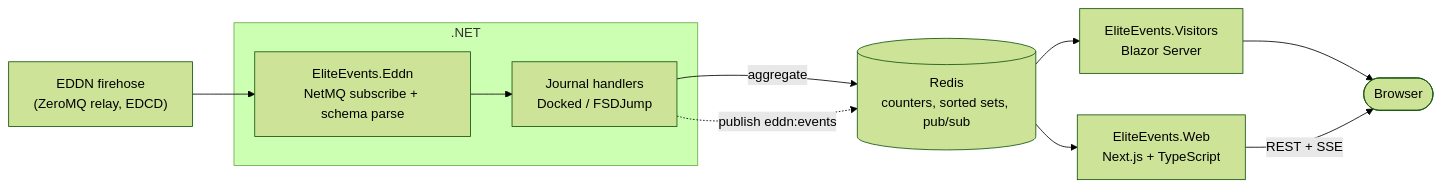
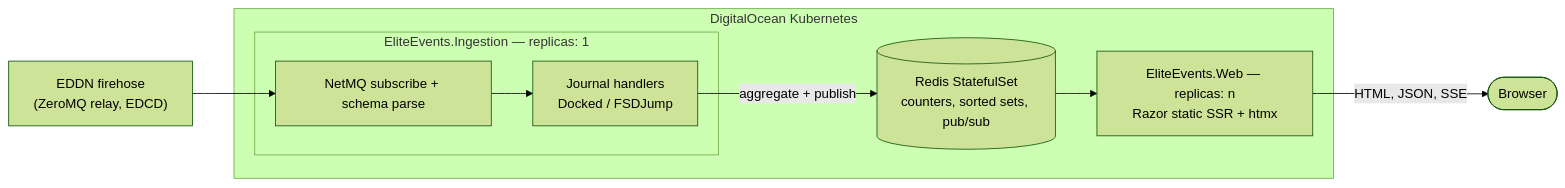
The diagram in README.md (trasa/EliteEvents), drawn with Mermaid (forest theme) before and after one commit. The commit also changed other lines of this file and 112 other files, not shown here.

````diff
--- a/README.md
+++ b/README.md
@@ -15,15 +15,14 @@
 ```mermaid
 flowchart LR
     EDDN["EDDN firehose<br/>(ZeroMQ relay, EDCD)"] --> Ingest
 
-    subgraph NET[".NET"]
-      Ingest["EliteEvents.Eddn<br/>NetMQ subscribe + schema parse"] --> Handlers["Journal handlers<br/>Docked / FSDJump"]
+    subgraph K8S["DigitalOcean Kubernetes"]
+      subgraph W1["EliteEvents.Ingestion — replicas: 1"]
+        Ingest["NetMQ subscribe + schema parse"] --> Handlers["Journal handlers<br/>Docked / FSDJump"]
+      end
+      Handlers -->|aggregate + publish| Redis[("Redis StatefulSet<br/>counters, sorted sets, pub/sub")]
+      Redis --> Web["EliteEvents.Web — replicas: n<br/>Razor static SSR + htmx"]
     end
 
-    Handlers -->|aggregate| Redis[("Redis<br/>counters, sorted sets, pub/sub")]
-    Handlers -.->|publish eddn:events| Redis
-    Redis --> Blazor["EliteEvents.Visitors<br/>Blazor Server"]
-    Redis --> Web["EliteEvents.Web<br/>Next.js + TypeScript"]
-    Blazor --> Browser(["Browser"])
-    Web -->|REST + SSE| Browser
+    Web -->|HTML, JSON, SSE| Browser(["Browser"])
 ```
````
